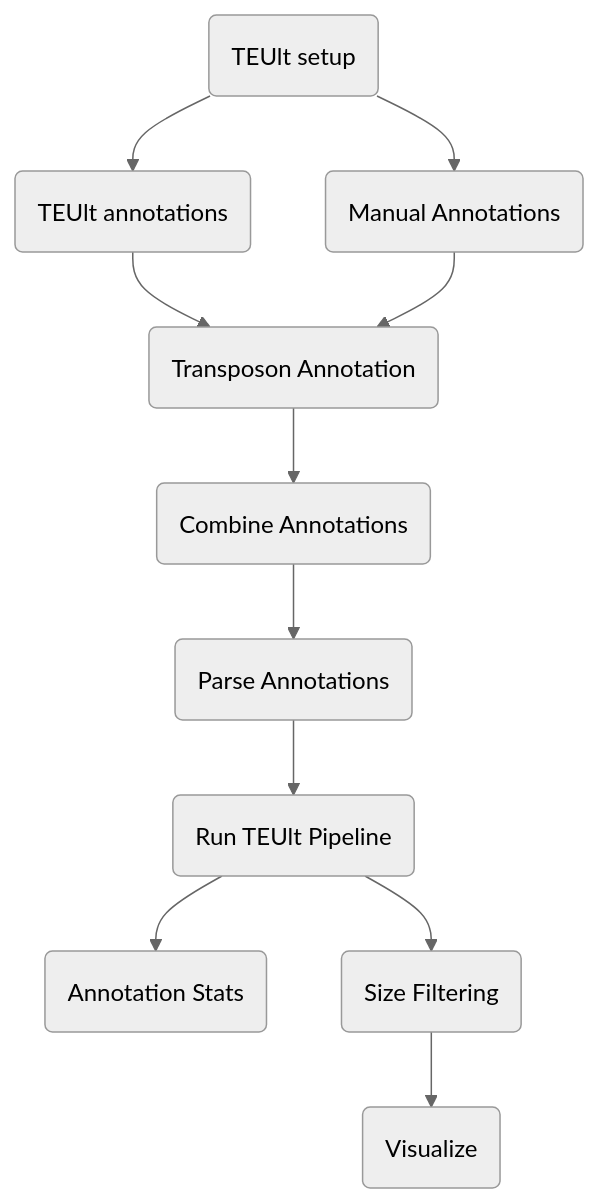
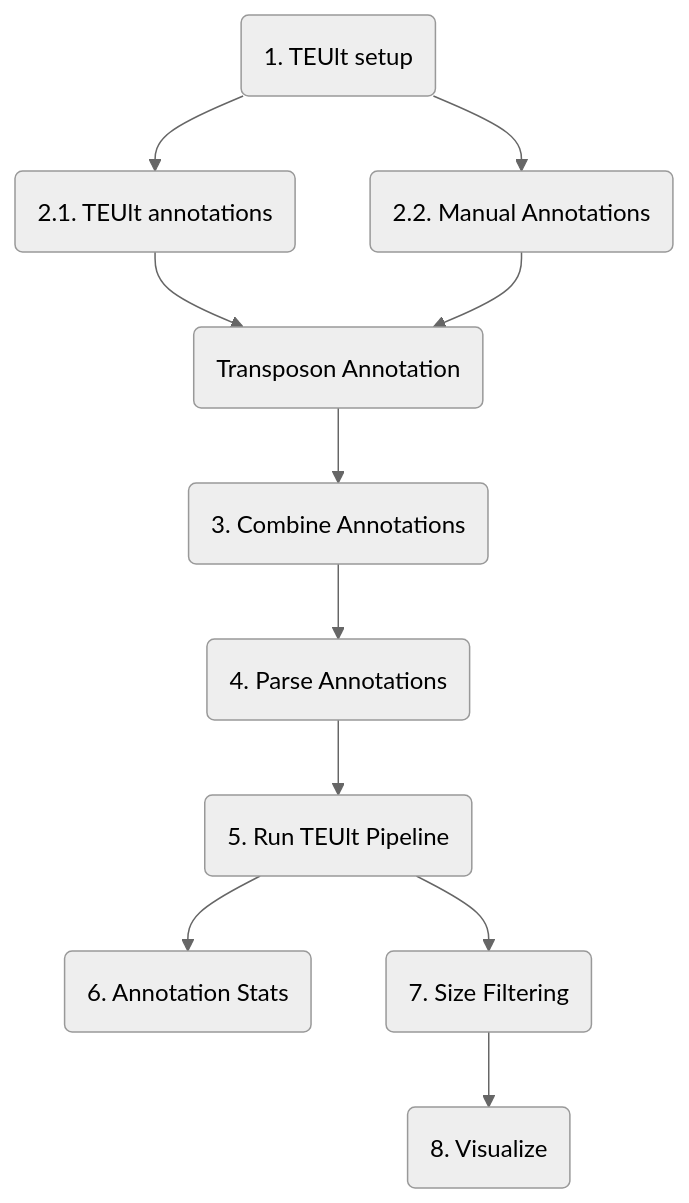
The diagram in docs/transposon_anno_workflow/a0_overall_anno_workflow.md (cralbers/transposon-annotations-mapping), drawn with Mermaid (neutral theme) before and after one commit.

Commit message:
numbering mermaid diagram

````diff
--- a/docs/transposon_anno_workflow/a0_overall_anno_workflow.md
+++ b/docs/transposon_anno_workflow/a0_overall_anno_workflow.md
@@ -15,14 +15,14 @@
 ``` mermaid 
 graph TD
-	F(TEUlt setup) --> A;
-	F(TEUlt setup) --> B;
-	A(TEUlt annotations) -->C(Transposon Annotation);
-	B(Manual Annotations) -->C(Transposon Annotation);
-	C --> D(Combine Annotations);
-	D --> E(Parse Annotations);
-	E --> G(Run TEUlt Pipeline);
-	G --> H(Annotation Stats);
-	G --> I(Size Filtering);
-	I --> J(Visualize);
+	F(1. TEUlt setup) --> A;
+	F(1. TEUlt setup) --> B;
+	A(2.1. TEUlt annotations) -->C(Transposon Annotation);
+	B(2.2. Manual Annotations) -->C(Transposon Annotation);
+	C --> D(3. Combine Annotations);
+	D --> E(4. Parse Annotations);
+	E --> G(5. Run TEUlt Pipeline);
+	G --> H(6. Annotation Stats);
+	G --> I(7. Size Filtering);
+	I --> J(8. Visualize);
 
 ```
````
